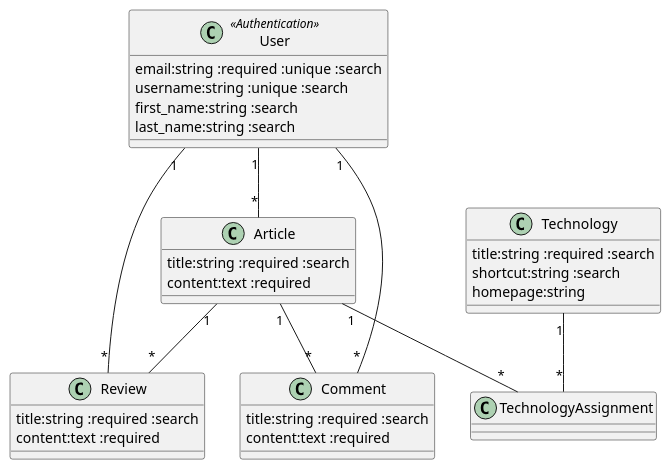
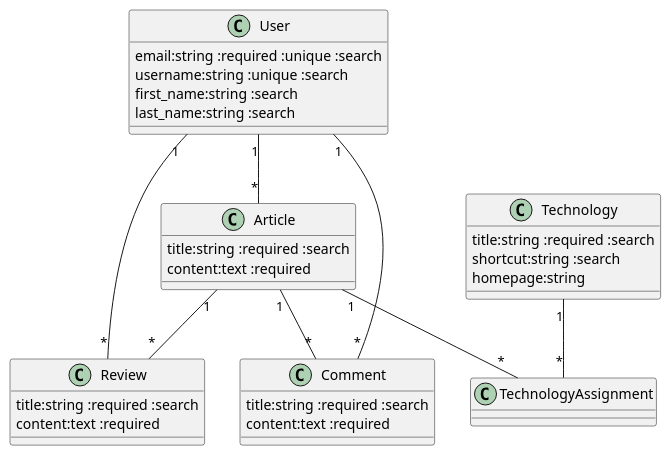
One commit to jrcech/rails_template changed the diagram in docs/model.md. Above: the diagram before and after it, drawn with PlantUML. The commit also changed 399 other files, not shown here.

````diff
--- a/docs/model.md
+++ b/docs/model.md
@@ -3,43 +3,43 @@
 ```plantuml
 @startuml
 
-class User <<Authentication>> {
+class User {
   email:string :required :unique :search
   username:string :unique :search
   first_name:string :search
   last_name:string :search
 }
 
 class Article {
   title:string :required :search
   content:text :required
 }
 
 class Technology {
   title:string :required :search
   shortcut:string :search
   homepage:string
 }
 
 class Comment {
   title:string :required :search
   content:text :required
 }
 
 class Review {
   title:string :required :search
   content:text :required
 }
 
 User "1" -- "*" Article
 User "1" -- "*" Review
 User "1" -- "*" Comment
 
 Article "1" -- "*" Review
 Article "1" -- "*" Comment
 
 Article "1" -- "*" TechnologyAssignment
 Technology "1" -- "*" TechnologyAssignment
 
 @enduml
 ```
````
